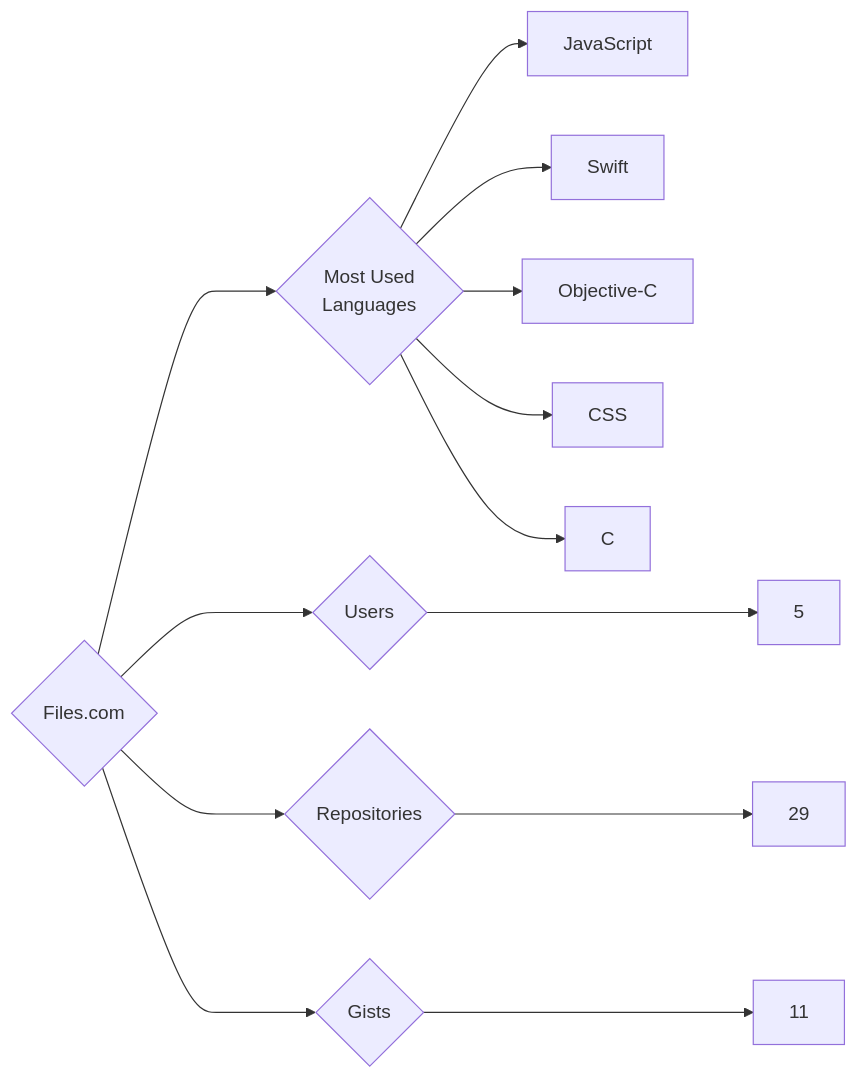
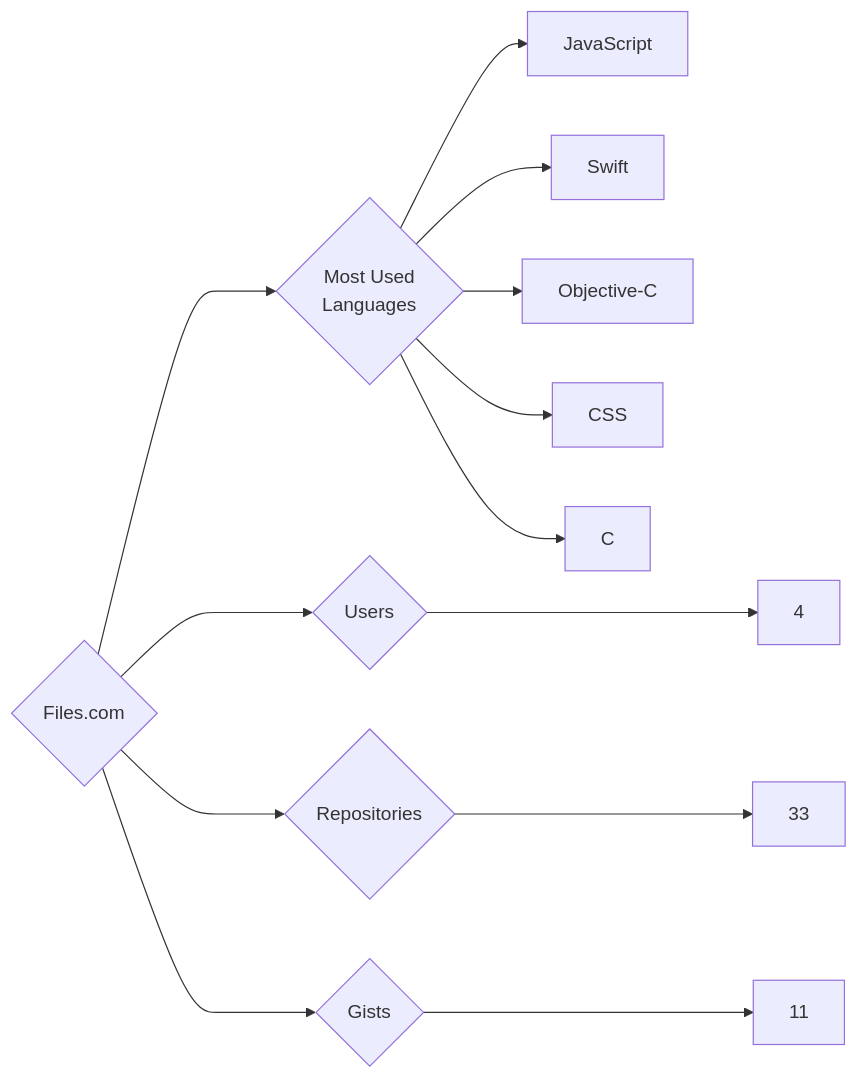
One commit to trickest/insiders changed the diagram in targets/Files.com/README.md. Above: the diagram before and after it, drawn with Mermaid. The commit also changed 1195 other files, not shown here.

````diff
--- a/targets/Files.com/README.md
+++ b/targets/Files.com/README.md
@@ -3,13 +3,13 @@
 ```mermaid
 graph LR
 COMPANY_NAME{Files.com}
-COMPANY_NAME ---> U{Users} ---> UN[5]
-COMPANY_NAME ---> R{Repositories} ---> RN[29]
+COMPANY_NAME ---> U{Users} ---> UN[4]
+COMPANY_NAME ---> R{Repositories} ---> RN[33]
 COMPANY_NAME ---> G{Gists} ---> GN[11]
 COMPANY_NAME ---> ML{Most Used<br>Languages}
 ML --> JavaScript[JavaScript]
 ML --> Swift[Swift]
 ML --> Objective-C[Objective-C]
 ML --> CSS[CSS]
 ML --> C[C]
 ```
````
